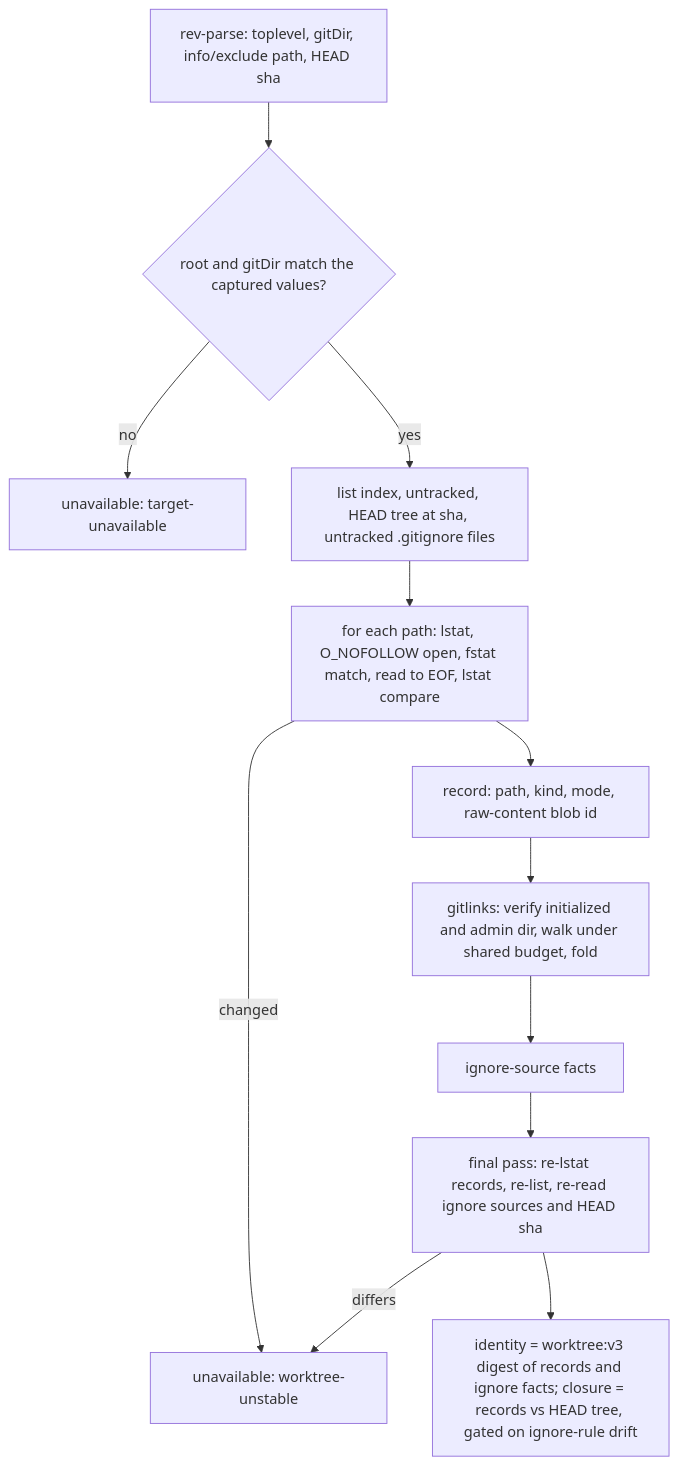
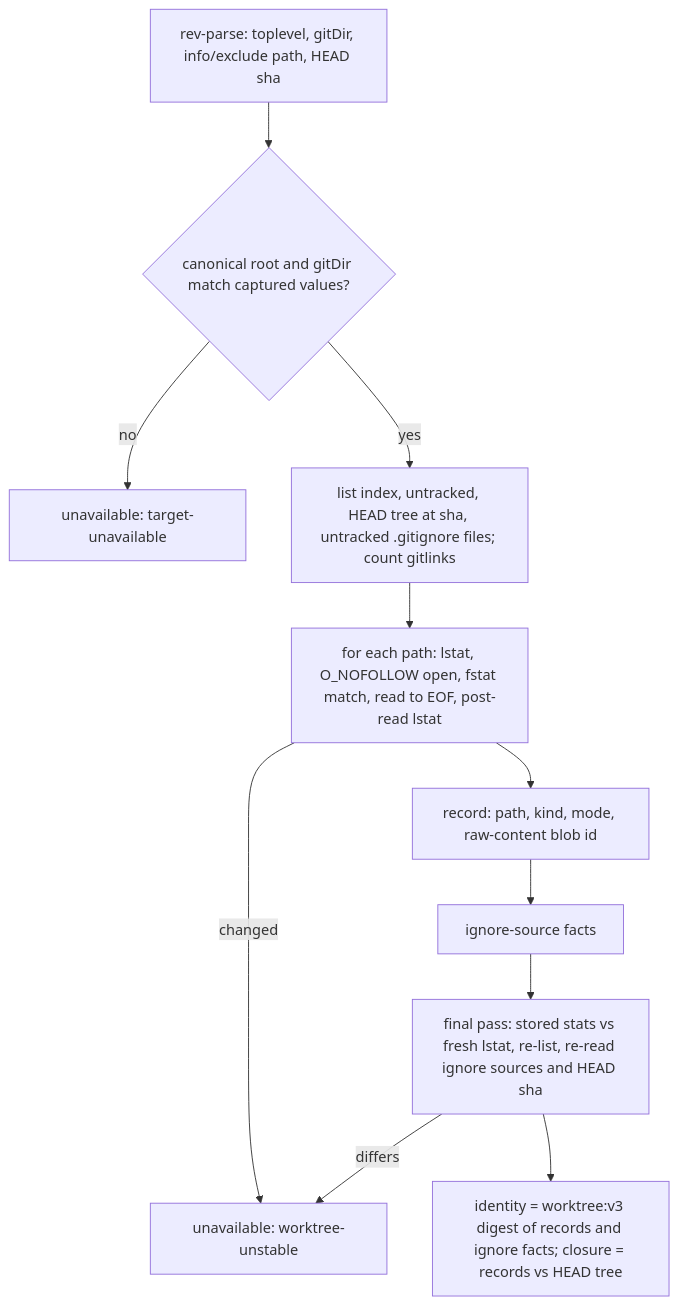
The diagram in docs/plans/2026-10-14-002-fix-observer-false-clean-plan.md (marcusrbrown/systematic), drawn with Mermaid before and after one commit. The commit also changed other lines of this file, not shown here.

````diff
--- a/docs/plans/2026-10-14-002-fix-observer-false-clean-plan.md
+++ b/docs/plans/2026-10-14-002-fix-observer-false-clean-plan.md
@@ -247,14 +217,13 @@
 ```mermaid
 flowchart TD
-  A[rev-parse: toplevel, gitDir, info/exclude path, HEAD sha] --> B{root and gitDir match the captured values?}
+  A[rev-parse: toplevel, gitDir, info/exclude path, HEAD sha] --> B{canonical root and gitDir match captured values?}
   B -- no --> X1[unavailable: target-unavailable]
-  B -- yes --> C[list index, untracked, HEAD tree at sha, untracked .gitignore files]
-  C --> D[for each path: lstat, O_NOFOLLOW open, fstat match, read to EOF, lstat compare]
+  B -- yes --> C[list index, untracked, HEAD tree at sha, untracked .gitignore files; count gitlinks]
+  C --> D[for each path: lstat, O_NOFOLLOW open, fstat match, read to EOF, post-read lstat]
   D -- changed --> X2[unavailable: worktree-unstable]
   D --> E[record: path, kind, mode, raw-content blob id]
-  E --> F[gitlinks: verify initialized and admin dir, walk under shared budget, fold]
-  F --> G[ignore-source facts]
-  G --> H[final pass: re-lstat records, re-list, re-read ignore sources and HEAD sha]
-  H -- differs --> X2
-  H --> I[identity = worktree:v3 digest of records and ignore facts; closure = records vs HEAD tree, gated on ignore-rule drift]
+  E --> F[ignore-source facts]
+  F --> G[final pass: stored stats vs fresh lstat, re-list, re-read ignore sources and HEAD sha]
+  G -- differs --> X2
+  G --> H[identity = worktree:v3 digest of records and ignore facts; closure = records vs HEAD tree]
 ```
````
